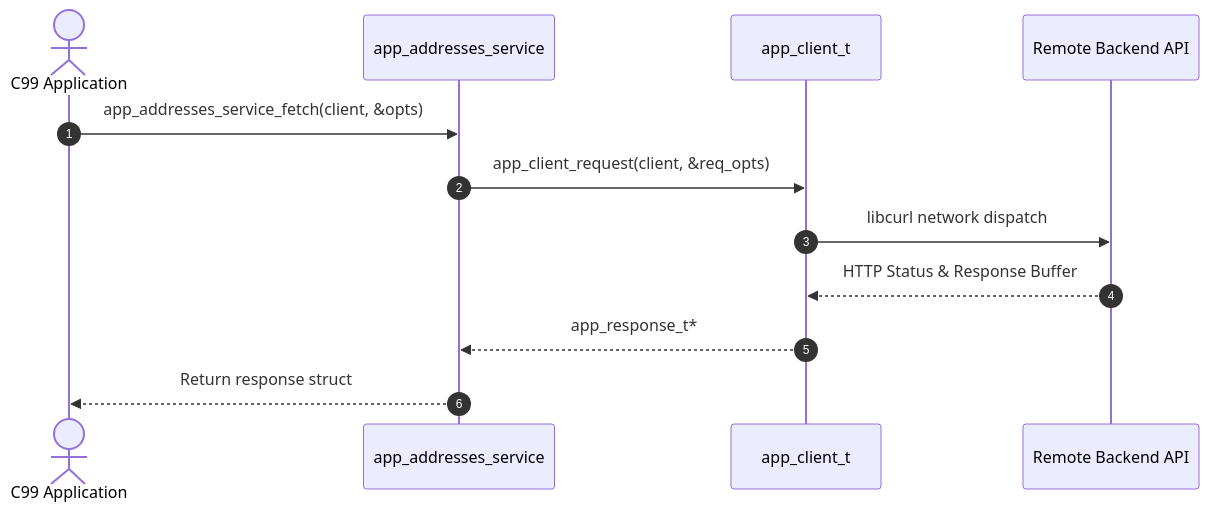
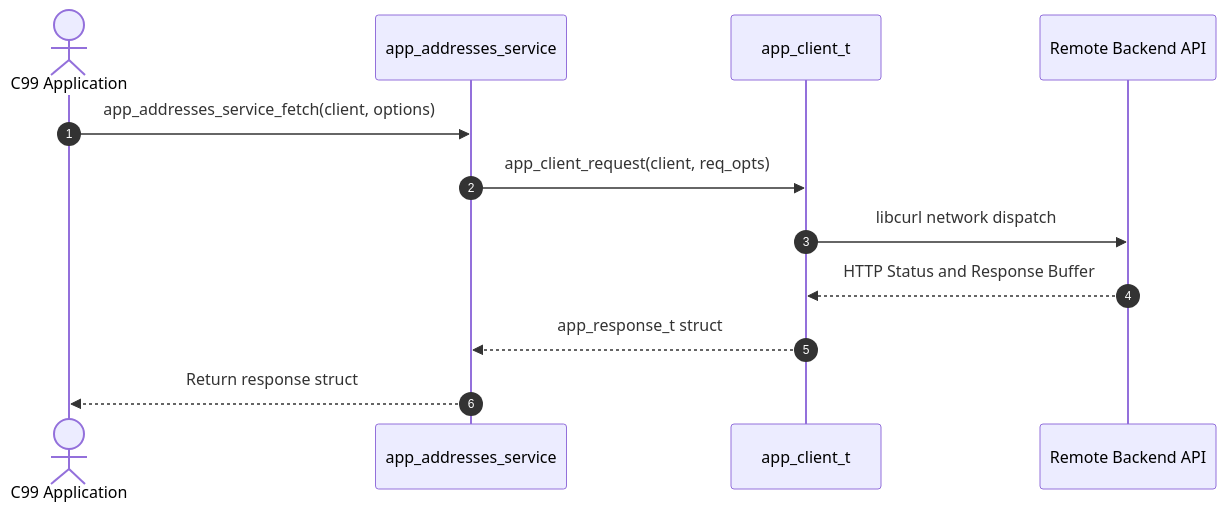
The diagram in docs/c.md (chahakshahcs5/retrofit-sdk-gen), drawn with Mermaid before and after one commit. The commit also changed 13 other files, not shown here.

Commit message:
fix(docs): quote Mermaid edge labels and sanitize syntax for GitHub renderer

````diff
--- a/docs/c.md
+++ b/docs/c.md
@@ -43,15 +43,15 @@
 ```mermaid
 sequenceDiagram
     autonumber
     actor App as C99 Application
     participant Svc as app_addresses_service
     participant Client as app_client_t
     participant Net as Remote Backend API
 
-    App->>Svc: app_addresses_service_fetch(client, &opts)
-    Svc->>Client: app_client_request(client, &req_opts)
+    App->>Svc: app_addresses_service_fetch(client, options)
+    Svc->>Client: app_client_request(client, req_opts)
     Client->>Net: libcurl network dispatch
-    Net-->>Client: HTTP Status & Response Buffer
-    Client-->>Svc: app_response_t*
+    Net-->>Client: HTTP Status and Response Buffer
+    Client-->>Svc: app_response_t struct
     Svc-->>App: Return response struct
 ```
````
